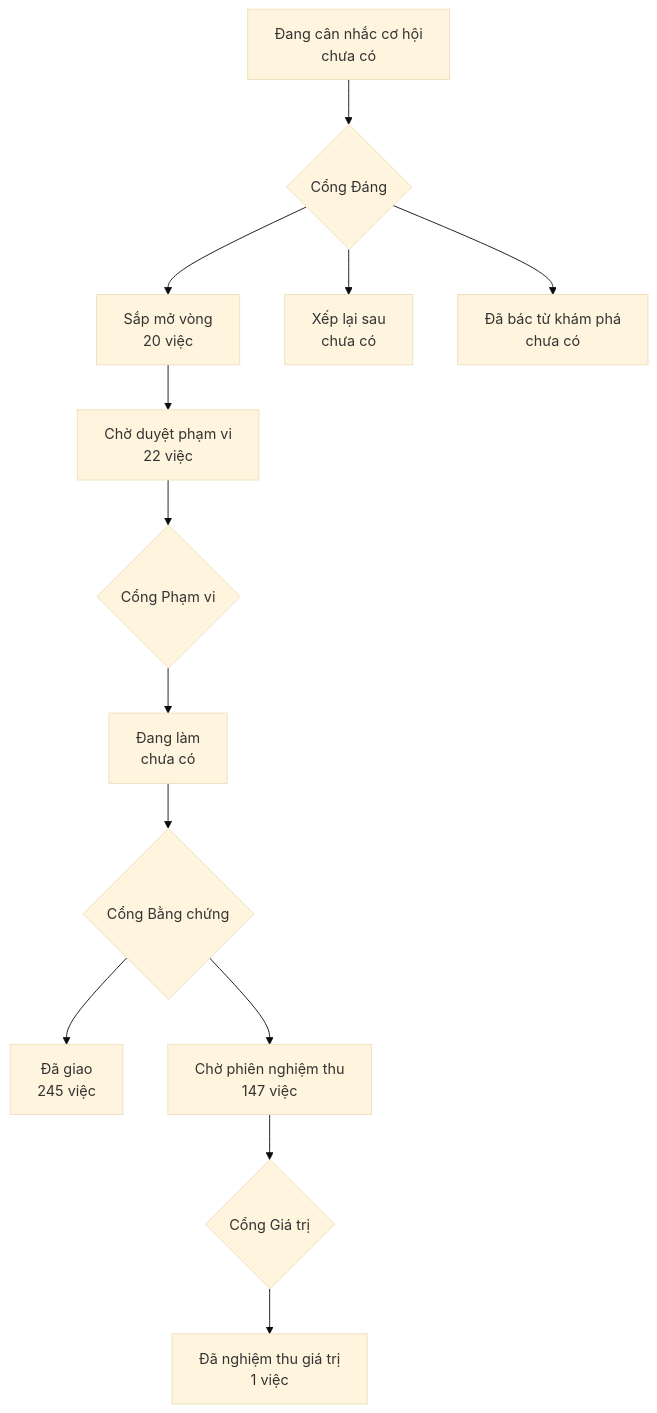
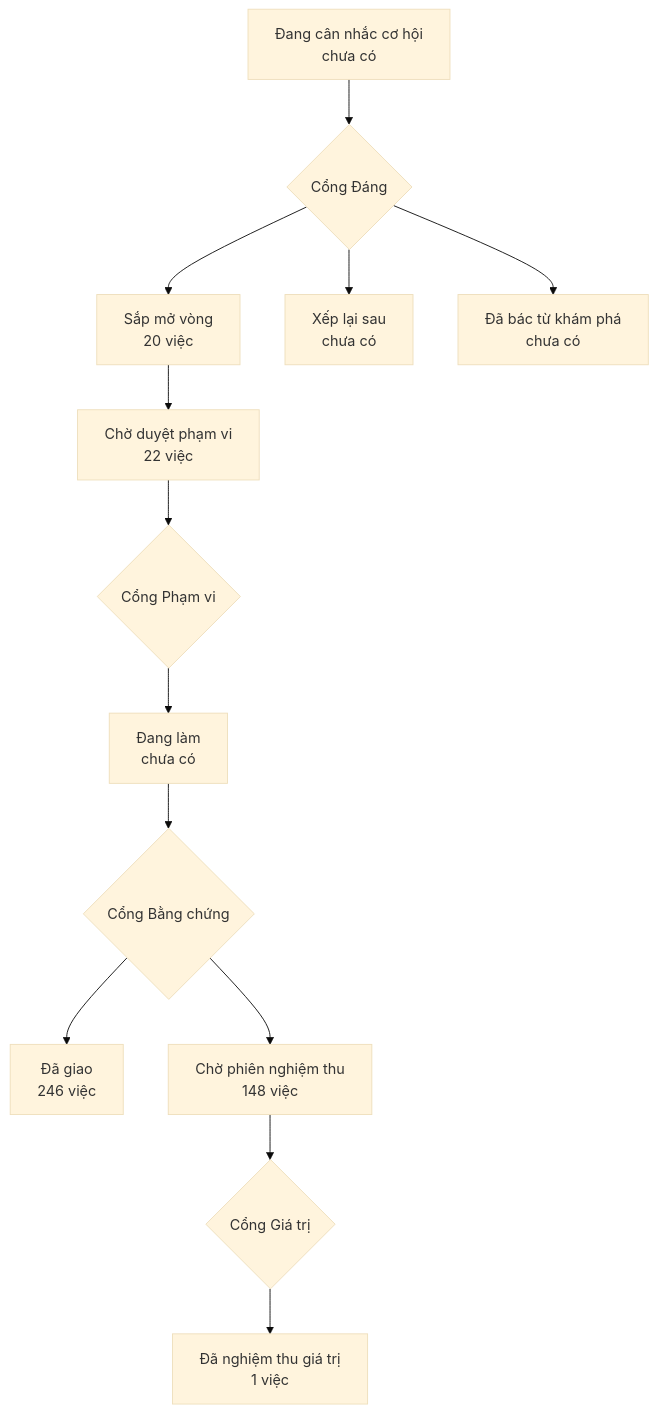
Before and after one commit to phanlemanh/onehub-invest: the diagram in PRODUCT-MAP.md, drawn with Mermaid (base theme). The commit also changed other lines of this file and 1 other file, not shown here.

Commit message:
chore: vẽ lại bản đồ sau khi gộp main

````diff
--- a/PRODUCT-MAP.md
+++ b/PRODUCT-MAP.md
@@ -7,12 +7,12 @@
 ```mermaid
 flowchart TD
   A["Đang cân nhắc cơ hội<br/>chưa có"] --> GD{"Cổng Đáng"}
   GD --> B["Sắp mở vòng<br/>20 việc"]
   GD --> XL["Xếp lại sau<br/>chưa có"]
   GD --> DB["Đã bác từ khám phá<br/>chưa có"]
   B --> CD["Chờ duyệt phạm vi<br/>22 việc"] --> GP{"Cổng Phạm vi"}
   GP --> DL["Đang làm<br/>chưa có"] --> GB{"Cổng Bằng chứng"}
-  GB --> DG["Đã giao<br/>245 việc"]
-  GB --> CN["Chờ phiên nghiệm thu<br/>147 việc"] --> GG{"Cổng Giá trị"}
+  GB --> DG["Đã giao<br/>246 việc"]
+  GB --> CN["Chờ phiên nghiệm thu<br/>148 việc"] --> GG{"Cổng Giá trị"}
   GG --> NT["Đã nghiệm thu giá trị<br/>1 việc"]
 ```
````
